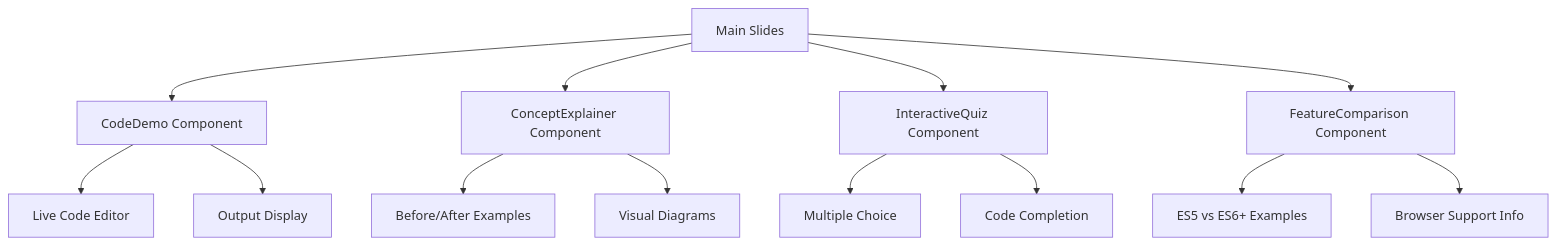
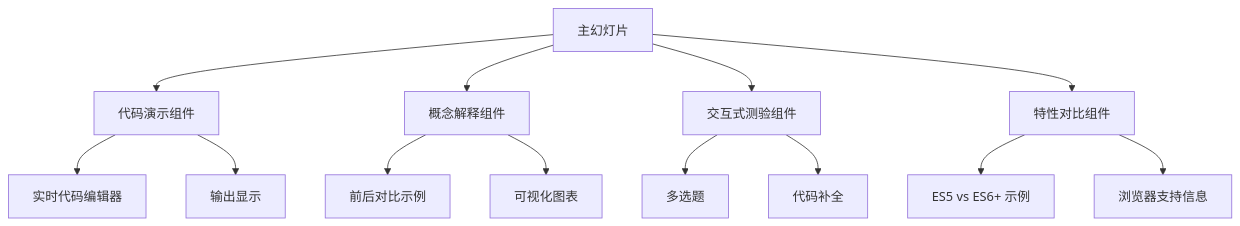
Before and after one commit to zengsun/slidev-js-es6: the first of 4 diagrams in .qoder/quests/create-javascript-es11-presentation.md, drawn with Mermaid. The commit also changed other lines of this file and 20 other files, not shown here.

````diff
--- a/.qoder/quests/create-javascript-es11-presentation.md
+++ b/.qoder/quests/create-javascript-es11-presentation.md
@@ -49,19 +49,19 @@
 ```mermaid
 graph TB
-    A[Main Slides] --> B[CodeDemo Component]
-    A --> C[ConceptExplainer Component]
-    A --> D[InteractiveQuiz Component]
-    A --> E[FeatureComparison Component]
+    A[主幻灯片] --> B[代码演示组件]
+    A --> C[概念解释组件]
+    A --> D[交互式测验组件]
+    A --> E[特性对比组件]
     
-    B --> F[Live Code Editor]
-    B --> G[Output Display]
+    B --> F[实时代码编辑器]
+    B --> G[输出显示]
     
-    C --> H[Before/After Examples]
-    C --> I[Visual Diagrams]
+    C --> H[前后对比示例]
+    C --> I[可视化图表]
     
-    D --> J[Multiple Choice]
-    D --> K[Code Completion]
+    D --> J[多选题]
+    D --> K[代码补全]
     
-    E --> L[ES5 vs ES6+ Examples]
-    E --> M[Browser Support Info]
+    E --> L[ES5 vs ES6+ 示例]
+    E --> M[浏览器支持信息]
 ```
````
